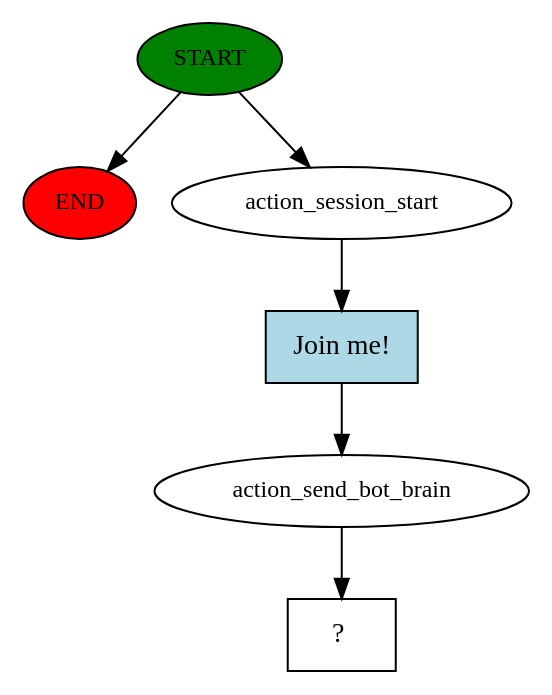
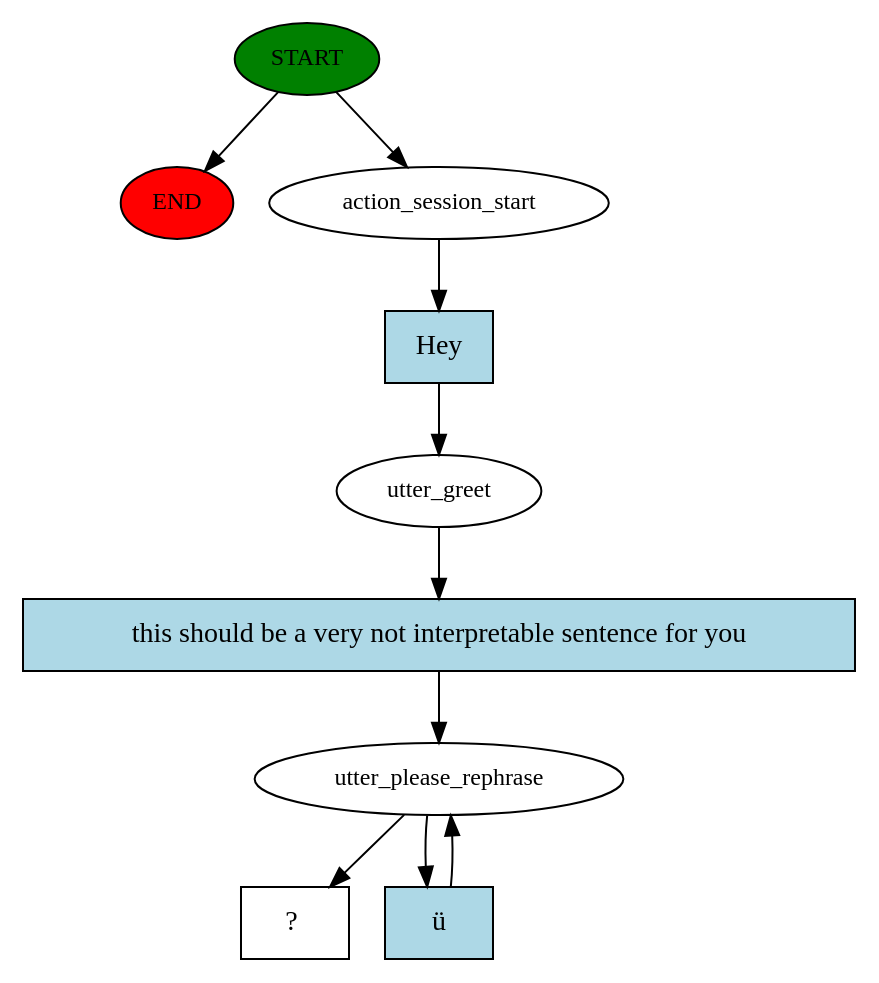
The diagram in dialog_manager/rasa_dm/story_graph.dot (MaikePaetzel/minetest-agent), drawn with Graphviz before and after one commit. The commit also changed 12 other files, not shown here.

```diff
--- a/dialog_manager/rasa_dm/story_graph.dot
+++ b/dialog_manager/rasa_dm/story_graph.dot
@@ -1,13 +1,20 @@
 digraph  {
 0 [class="start active", fillcolor=green, fontsize=12, label=START, style=filled];
 "-1" [class=end, fillcolor=red, fontsize=12, label=END, style=filled];
 1 [class=active, fontsize=12, label=action_session_start];
-2 [class=active, fontsize=12, label=action_send_bot_brain];
-3 [class="intent dashed active", label="  ?  ", shape=rect];
-4 [class="intent active", fillcolor=lightblue, label="Join me!", shape=rect, style=filled];
+2 [class=active, fontsize=12, label=utter_greet];
+3 [class=active, fontsize=12, label=utter_please_rephrase];
+5 [class="intent dashed active", label="  ?  ", shape=rect];
+6 [class="intent active", fillcolor=lightblue, label=Hey, shape=rect, style=filled];
+7 [class="intent active", fillcolor=lightblue, label="this should be a very not interpretable sentence for you", shape=rect, style=filled];
+8 [class="intent active", fillcolor=lightblue, label="ü", shape=rect, style=filled];
 0 -> "-1"  [class="", key=NONE, label=""];
 0 -> 1  [class=active, key=NONE, label=""];
-1 -> 4  [class=active, key=0];
-2 -> 3  [class=active, key=NONE, label=""];
-4 -> 2  [class=active, key=0];
+1 -> 6  [class=active, key=0];
+2 -> 7  [class=active, key=0];
+3 -> 5  [class=active, key=NONE, label=""];
+3 -> 8  [class=active, key=0];
+6 -> 2  [class=active, key=0];
+7 -> 3  [class=active, key=0];
+8 -> 3  [class=active, key=0];
 }
```
